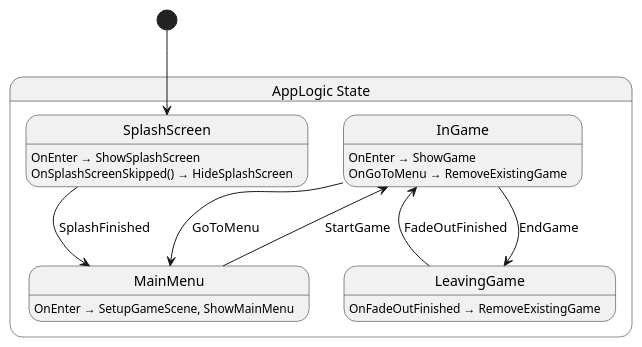
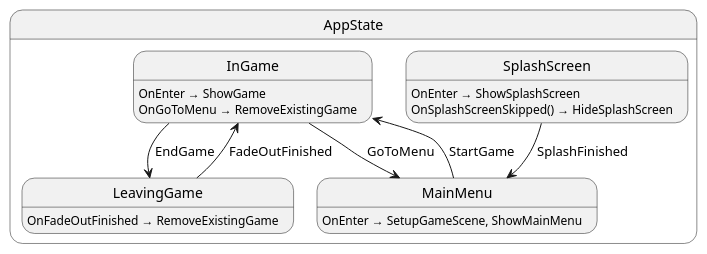
The diagram in src/app/state/AppLogic.g.puml (Ygoat/EternalJourney), drawn with PlantUML before and after one commit. The commit also changed 56 other files, not shown here.

```diff
--- a/src/app/state/AppLogic.g.puml
+++ b/src/app/state/AppLogic.g.puml
@@ -1,23 +1,21 @@
-@startuml AppLogic
-state "AppLogic State" as EternalJourney_App_State_AppLogic_State {
-  state "InGame" as EternalJourney_App_State_AppLogic_State_InGame
-  state "LeavingGame" as EternalJourney_App_State_AppLogic_State_LeavingGame
-  state "MainMenu" as EternalJourney_App_State_AppLogic_State_MainMenu
-  state "SplashScreen" as EternalJourney_App_State_AppLogic_State_SplashScreen
+@startuml AppState
+state "AppState" as EternalJourney_App_State_AppState {
+  state "InGame" as EternalJourney_App_State_AppState_InGame
+  state "LeavingGame" as EternalJourney_App_State_AppState_LeavingGame
+  state "MainMenu" as EternalJourney_App_State_AppState_MainMenu
+  state "SplashScreen" as EternalJourney_App_State_AppState_SplashScreen
 }
 
-EternalJourney_App_State_AppLogic_State_InGame --> EternalJourney_App_State_AppLogic_State_LeavingGame : EndGame
-EternalJourney_App_State_AppLogic_State_InGame --> EternalJourney_App_State_AppLogic_State_MainMenu : GoToMenu
-EternalJourney_App_State_AppLogic_State_LeavingGame --> EternalJourney_App_State_AppLogic_State_InGame : FadeOutFinished
-EternalJourney_App_State_AppLogic_State_MainMenu --> EternalJourney_App_State_AppLogic_State_InGame : StartGame
-EternalJourney_App_State_AppLogic_State_SplashScreen --> EternalJourney_App_State_AppLogic_State_MainMenu : SplashFinished
+EternalJourney_App_State_AppState_InGame --> EternalJourney_App_State_AppState_LeavingGame : EndGame
+EternalJourney_App_State_AppState_InGame --> EternalJourney_App_State_AppState_MainMenu : GoToMenu
+EternalJourney_App_State_AppState_LeavingGame --> EternalJourney_App_State_AppState_InGame : FadeOutFinished
+EternalJourney_App_State_AppState_MainMenu --> EternalJourney_App_State_AppState_InGame : StartGame
+EternalJourney_App_State_AppState_SplashScreen --> EternalJourney_App_State_AppState_MainMenu : SplashFinished
 
-EternalJourney_App_State_AppLogic_State_InGame : OnEnter → ShowGame
-EternalJourney_App_State_AppLogic_State_InGame : OnGoToMenu → RemoveExistingGame
-EternalJourney_App_State_AppLogic_State_LeavingGame : OnFadeOutFinished → RemoveExistingGame
-EternalJourney_App_State_AppLogic_State_MainMenu : OnEnter → SetupGameScene, ShowMainMenu
-EternalJourney_App_State_AppLogic_State_SplashScreen : OnEnter → ShowSplashScreen
-EternalJourney_App_State_AppLogic_State_SplashScreen : OnSplashScreenSkipped() → HideSplashScreen
-
-[*] --> EternalJourney_App_State_AppLogic_State_SplashScreen
+EternalJourney_App_State_AppState_InGame : OnEnter → ShowGame
+EternalJourney_App_State_AppState_InGame : OnGoToMenu → RemoveExistingGame
+EternalJourney_App_State_AppState_LeavingGame : OnFadeOutFinished → RemoveExistingGame
+EternalJourney_App_State_AppState_MainMenu : OnEnter → SetupGameScene, ShowMainMenu
+EternalJourney_App_State_AppState_SplashScreen : OnEnter → ShowSplashScreen
+EternalJourney_App_State_AppState_SplashScreen : OnSplashScreenSkipped() → HideSplashScreen
 @enduml
```
